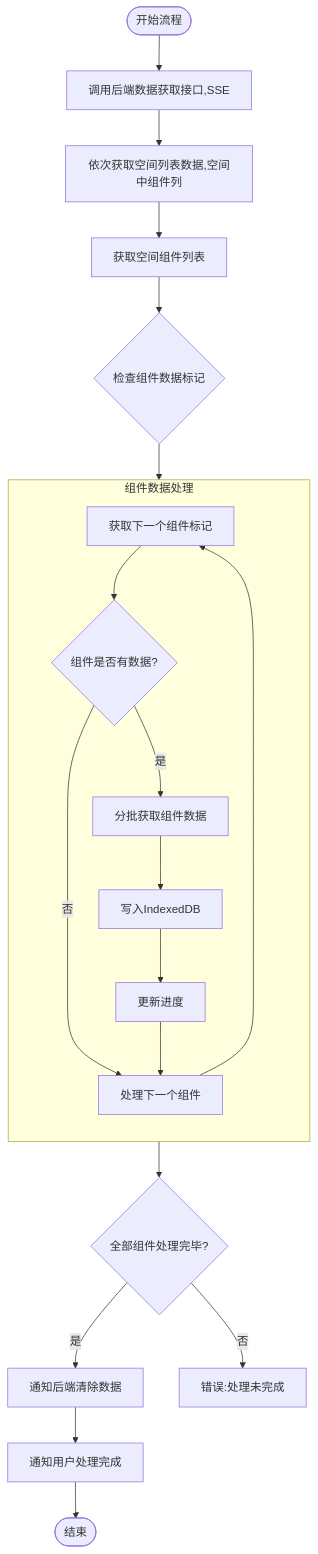
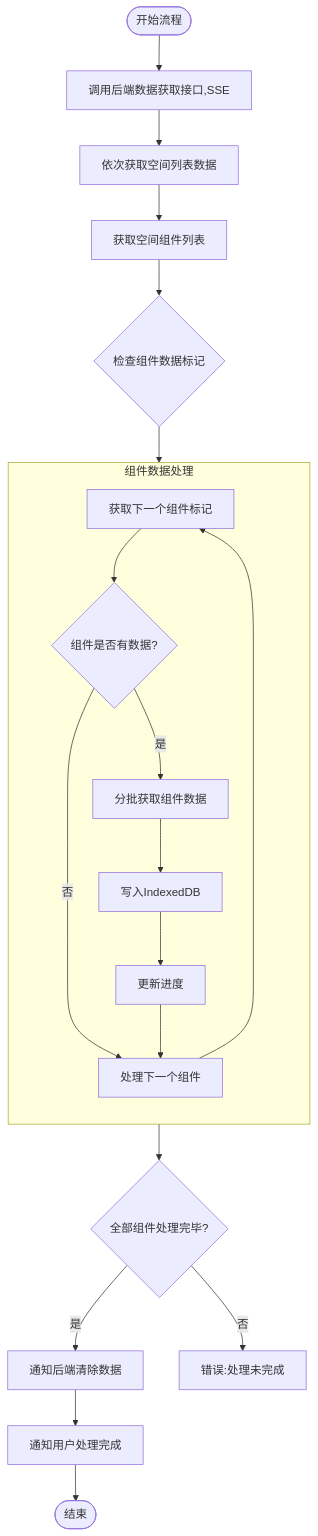
One commit to yingjianzh/iodraw-files changed the diagram in all/未命名-59.md. Above: the diagram before and after it, drawn with Mermaid.

Commit message:
2025-05-14 14:52:14 update

````diff
--- a/all/未命名-59.md
+++ b/all/未命名-59.md
@@ -1,29 +1,30 @@
 ```mermaid
 
 flowchart TD
     Start([开始流程]) --> FetchData[调用后端数据获取接口,SSE]
-    FetchData --> FetchSpaceData[依次获取空间列表数据,空间中组件列]
+    FetchData --> FetchSpaceData[依次获取空间列表数据]
+    
     FetchSpaceData --> FetchComponentList[获取空间组件列表]
     FetchComponentList --> CheckComponentData{检查组件数据标记}
     
     subgraph ComponentProcess [组件数据处理]
         direction TB
         A[获取下一个组件标记] --> B{组件是否有数据?}
         B -->|否| NextComponent[处理下一个组件]
         B -->|是| C[分批获取组件数据]
         C --> D[写入IndexedDB]
         D --> UpdateProgress[更新进度]
         UpdateProgress --> NextComponent
         NextComponent --> A
     end
     
     CheckComponentData --> ComponentProcess
     ComponentProcess --> AllComponentsProcessed{全部组件处理完毕?}
     
     AllComponentsProcessed -->|是| ClearServerData[通知后端清除数据]
     AllComponentsProcessed -->|否| Error3[错误:处理未完成]
     
     ClearServerData --> CompletionNotification[通知用户处理完成]
     CompletionNotification --> End([结束])
 
 ```
````
